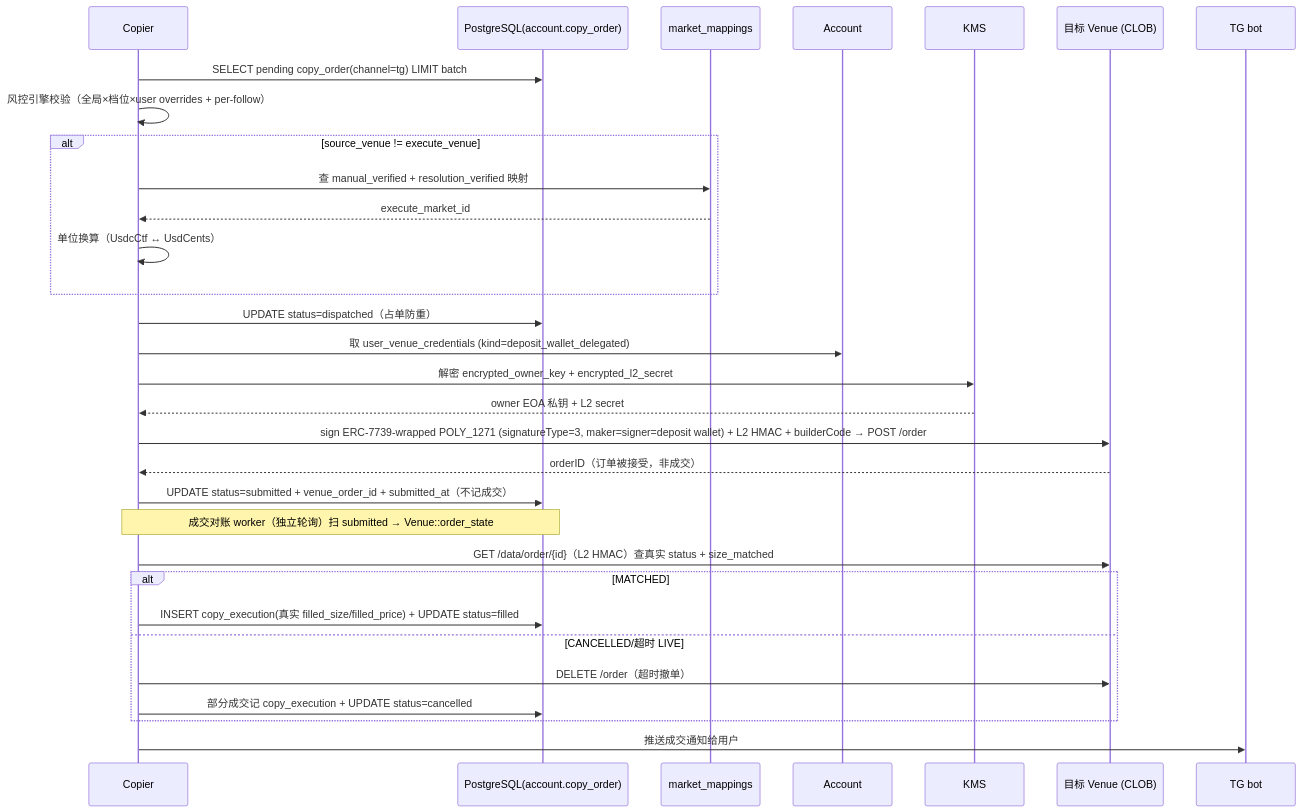
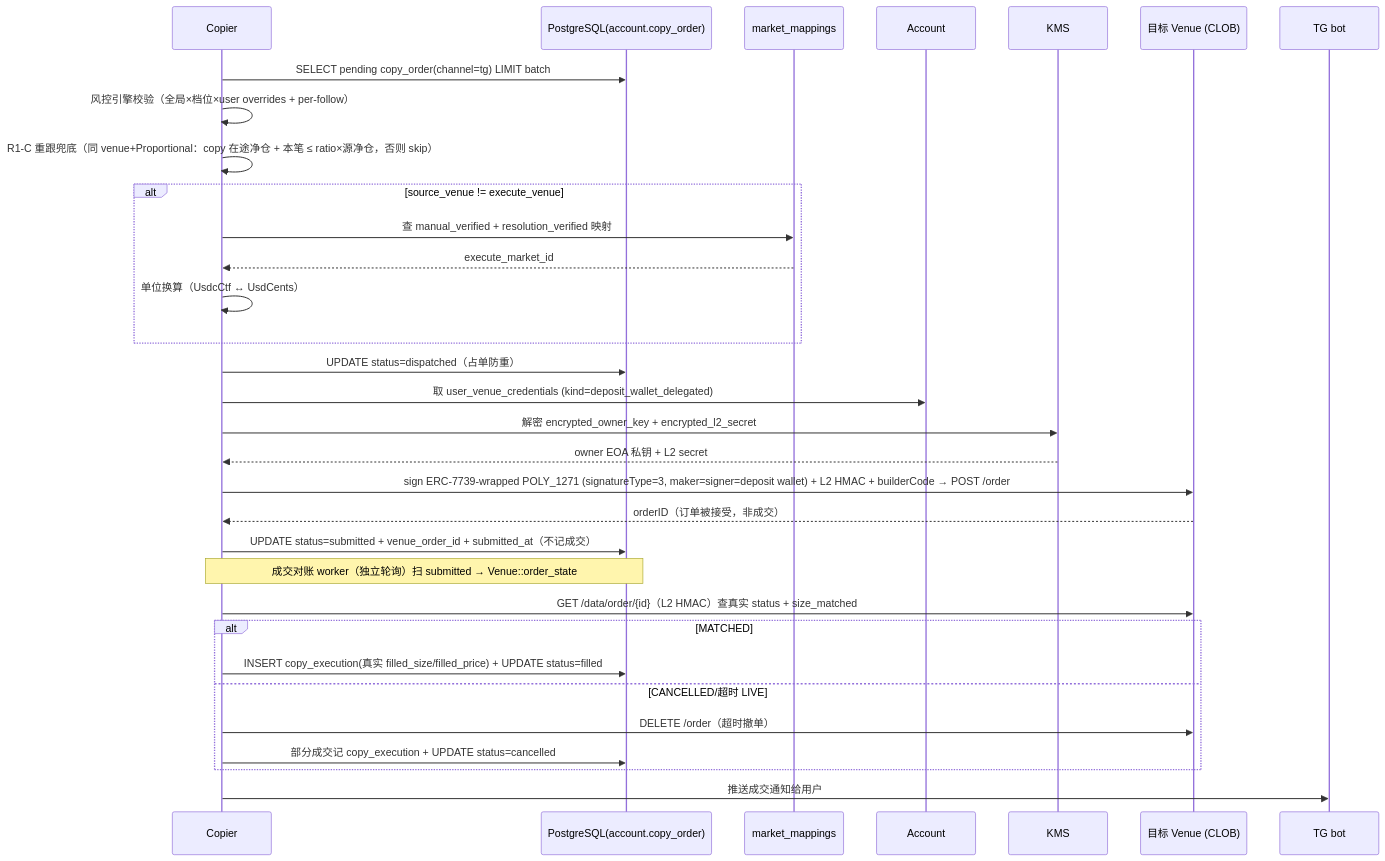
Before and after one commit to laoshalab/sharpside: the sixth of 9 diagrams in docs/FLOWS.md, drawn with Mermaid. The commit also changed other lines of this file and 4 other files, not shown here.

First line of the commit message:
fix(copy-trading): 重跟兜底 R1-C + 连续失败熔断 F5 修复

````diff
--- a/docs/FLOWS.md
+++ b/docs/FLOWS.md
@@ -102,33 +102,34 @@
 ```mermaid
 sequenceDiagram
   participant CPY as Copier
   participant DB as PostgreSQL(account.copy_order)
   participant MAP as market_mappings
   participant ACC as Account
   participant KMS as KMS
   participant V as 目标 Venue (CLOB)
   participant TG as TG bot
   CPY->>DB: SELECT pending copy_order(channel=tg) LIMIT batch
   CPY->>CPY: 风控引擎校验（全局×档位×user overrides + per-follow）
+  CPY->>CPY: R1-C 重跟兜底（同 venue+Proportional：copy 在途净仓 + 本笔 ≤ ratio×源净仓，否则 skip）
   alt source_venue != execute_venue
     CPY->>MAP: 查 manual_verified + resolution_verified 映射
     MAP-->>CPY: execute_market_id
     CPY->>CPY: 单位换算（UsdcCtf ↔ UsdCents）
   end
   CPY->>DB: UPDATE status=dispatched（占单防重）
   CPY->>ACC: 取 user_venue_credentials (kind=deposit_wallet_delegated)
   CPY->>KMS: 解密 encrypted_owner_key + encrypted_l2_secret
   KMS-->>CPY: owner EOA 私钥 + L2 secret
   CPY->>V: sign ERC-7739-wrapped POLY_1271 (signatureType=3, maker=signer=deposit wallet) + L2 HMAC + builderCode → POST /order
   V-->>CPY: orderID（订单被接受，非成交）
   CPY->>DB: UPDATE status=submitted + venue_order_id + submitted_at（不记成交）
   Note over CPY,DB: 成交对账 worker（独立轮询）扫 submitted → Venue::order_state
   CPY->>V: GET /data/order/{id}（L2 HMAC）查真实 status + size_matched
   alt MATCHED
     CPY->>DB: INSERT copy_execution(真实 filled_size/filled_price) + UPDATE status=filled
   else CANCELLED/超时 LIVE
     CPY->>V: DELETE /order（超时撤单）
     CPY->>DB: 部分成交记 copy_execution + UPDATE status=cancelled
   end
   CPY->>TG: 推送成交通知给用户
 ```
````
